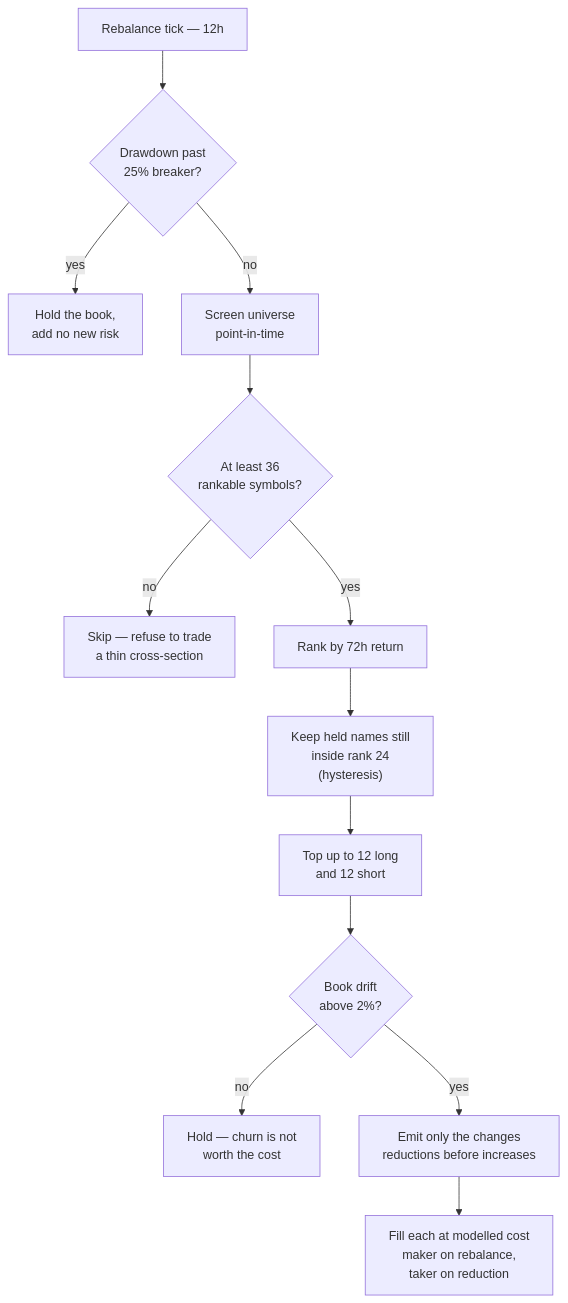
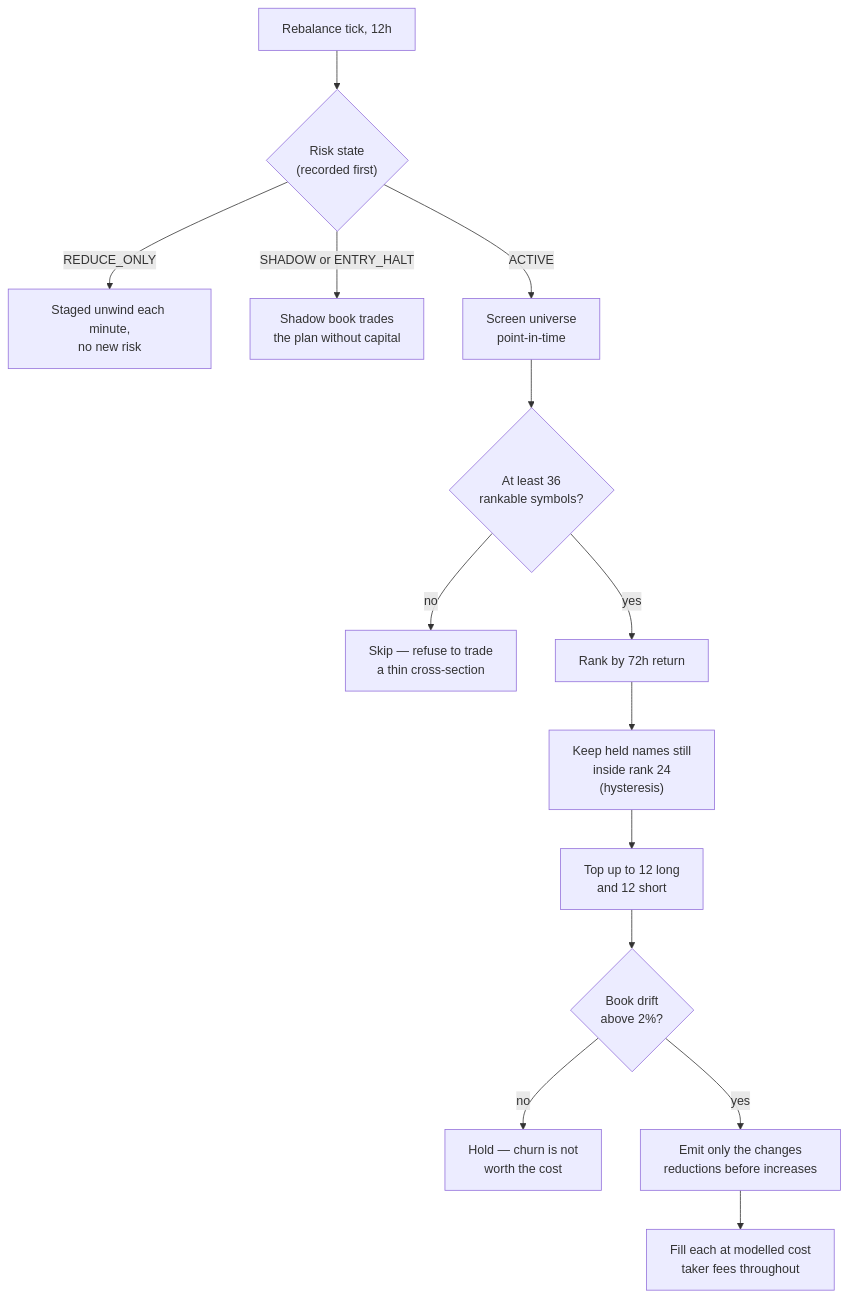
One commit to tejashendre/AI-paper-trading-agent changed the fifth of 6 diagrams in docs/ARCHITECTURE.md. Above: the diagram before and after it, drawn with Mermaid. The commit also changed other lines of this file and 15 other files, not shown here.

````diff
--- a/docs/ARCHITECTURE.md
+++ b/docs/ARCHITECTURE.md
@@ -191,15 +208,16 @@
 ```mermaid
 flowchart TB
-    A["Rebalance tick — 12h"] --> B{"Drawdown past<br/>25% breaker?"}
-    B -->|yes| HOLD1["Hold the book,<br/>add no new risk"]
-    B -->|no| C["Screen universe<br/>point-in-time"]
+    A["Rebalance tick, 12h"] --> R{"Risk state<br/>(recorded first)"}
+    R -->|"REDUCE_ONLY"| UNWIND["Staged unwind each minute,<br/>no new risk"]
+    R -->|"SHADOW or ENTRY_HALT"| SHADOWB["Shadow book trades<br/>the plan without capital"]
+    R -->|"ACTIVE"| C["Screen universe<br/>point-in-time"]
     C --> D{"At least 36<br/>rankable symbols?"}
     D -->|no| HOLD2["Skip — refuse to trade<br/>a thin cross-section"]
     D -->|yes| E["Rank by 72h return"]
     E --> F["Keep held names still<br/>inside rank 24<br/>(hysteresis)"]
     F --> G["Top up to 12 long<br/>and 12 short"]
     G --> H{"Book drift<br/>above 2%?"}
     H -->|no| HOLD3["Hold — churn is not<br/>worth the cost"]
     H -->|yes| I["Emit only the changes<br/>reductions before increases"]
-    I --> J["Fill each at modelled cost<br/>maker on rebalance,<br/>taker on reduction"]
+    I --> J["Fill each at modelled cost<br/>taker fees throughout"]
 ```
````
